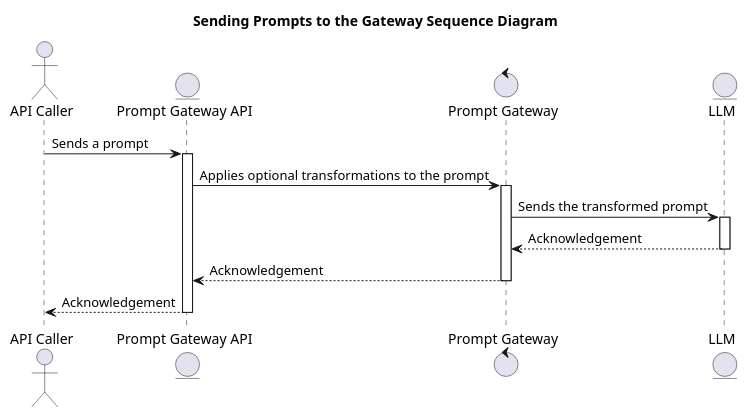
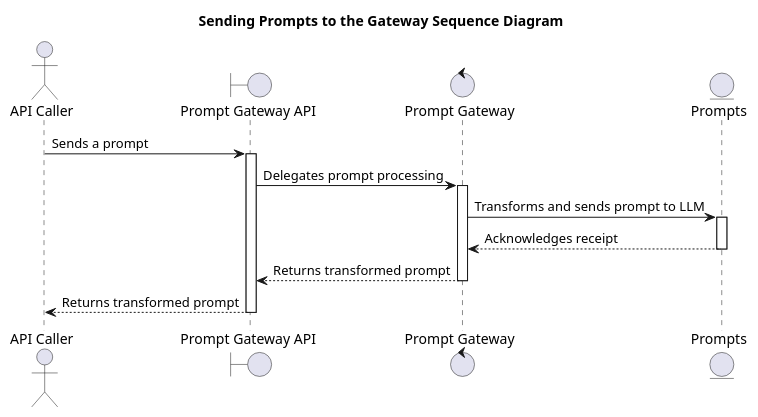
One commit to o2alexanderfedin/AI-demos changed the third of 21 diagrams in Design_Document_Prompt_Gateway_RESTful_API_LLM.md. Above: the diagram before and after it, drawn with PlantUML. The commit also changed other lines of this file, not shown here.

````diff
--- a/Design_Document_Prompt_Gateway_RESTful_API_LLM.md
+++ b/Design_Document_Prompt_Gateway_RESTful_API_LLM.md
@@ -91,24 +116,24 @@
 ```plantuml
 @startuml
 title Sending Prompts to the Gateway Sequence Diagram
 
 actor "API Caller" as A
-entity "Prompt Gateway API" as B
+boundary "Prompt Gateway API" as B
 control "Prompt Gateway" as C
-entity "LLM" as D
+entity "Prompts" as D
 
 A -> B : Sends a prompt
 activate B
-B -> C : Applies optional transformations to the prompt
+B -> C : Delegates prompt processing
 activate C
-C -> D : Sends the transformed prompt
+C -> D : Transforms and sends prompt to LLM
 activate D
-D --> C : Acknowledgement
+D --> C : Acknowledges receipt
 deactivate D
-C --> B : Acknowledgement
+C --> B : Returns transformed prompt
 deactivate C
-B --> A : Acknowledgement
+B --> A : Returns transformed prompt
 deactivate B
 
 @enduml
 ```
````
